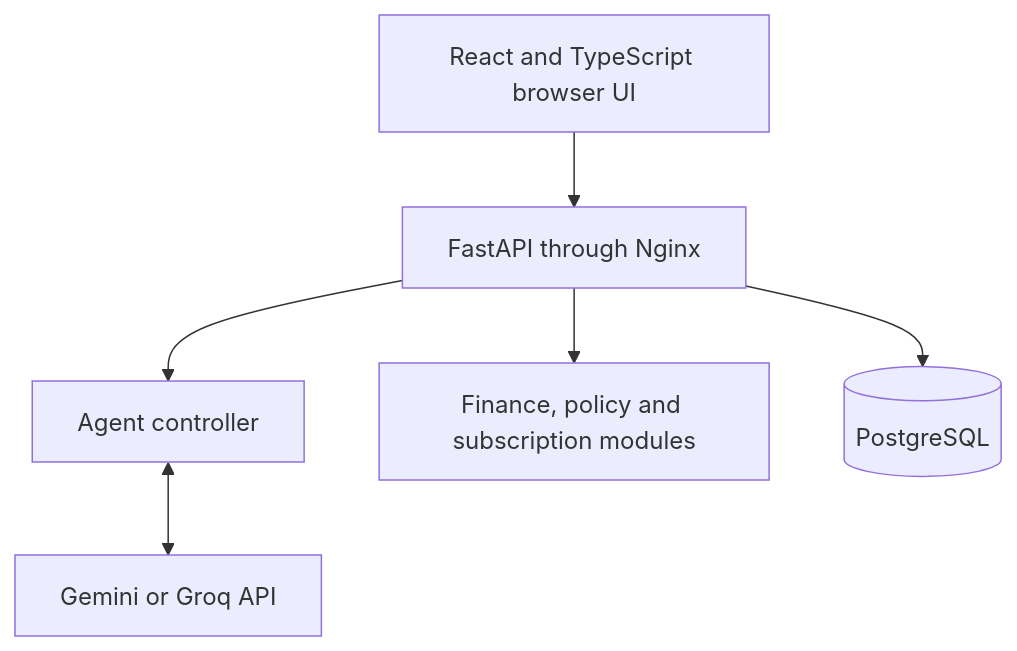
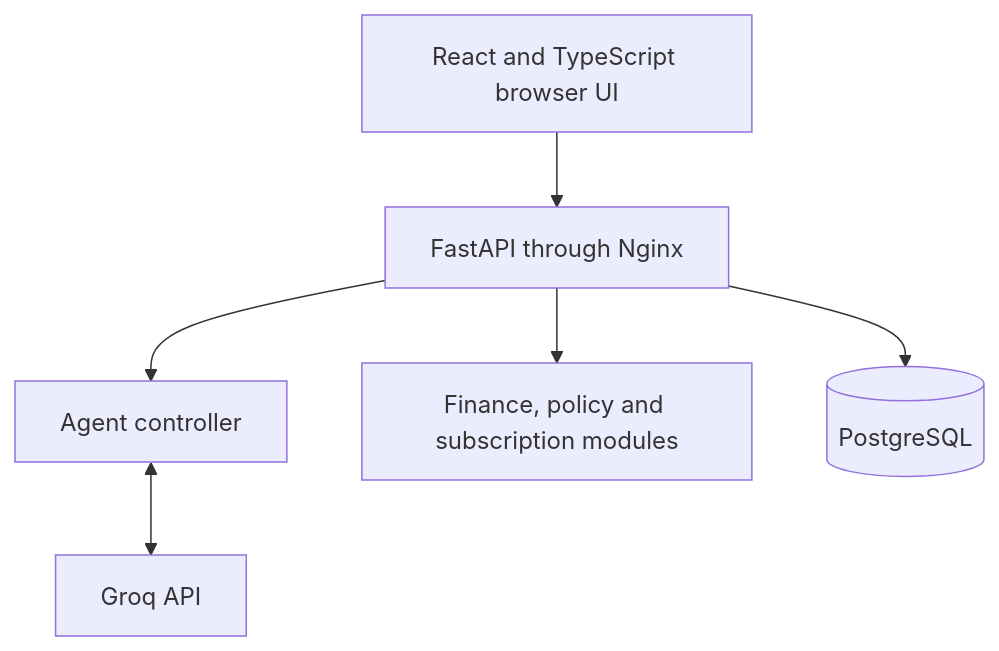
One commit to fvia88/ai-banking-agent changed the first of 4 diagrams in docs/agent/technical_documentation.md. Above: the diagram before and after it, drawn with Mermaid. The commit also changed other lines of this file and 24 other files, not shown here.

````diff
--- a/docs/agent/technical_documentation.md
+++ b/docs/agent/technical_documentation.md
@@ -39,9 +39,9 @@
 ```mermaid
 %% architecture
 flowchart TD
   UI[React and TypeScript browser UI] --> API[FastAPI through Nginx]
   API --> Agent[Agent controller]
   API --> Modules[Finance, policy and subscription modules]
   API --> DB[(PostgreSQL)]
-  Agent <--> LLM[Gemini or Groq API]
+  Agent <--> LLM[Groq API]
 ```
````
